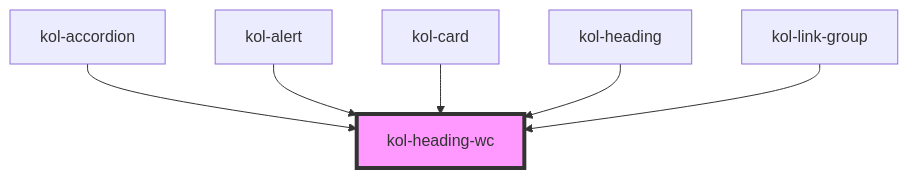
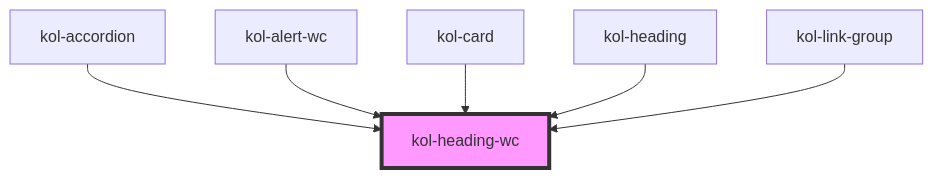
The diagram in packages/components/src/components/heading/readme.md (public-ui/kolibri), drawn with Mermaid before and after one commit. The commit also changed other lines of this file and 35 other files, not shown here.

````diff
--- a/packages/components/src/components/heading/readme.md
+++ b/packages/components/src/components/heading/readme.md
@@ -62,9 +62,9 @@
 ```mermaid
 graph TD;
   kol-accordion --> kol-heading-wc
-  kol-alert --> kol-heading-wc
+  kol-alert-wc --> kol-heading-wc
   kol-card --> kol-heading-wc
   kol-heading --> kol-heading-wc
   kol-link-group --> kol-heading-wc
   style kol-heading-wc fill:#f9f,stroke:#333,stroke-width:4px
 ```
````
